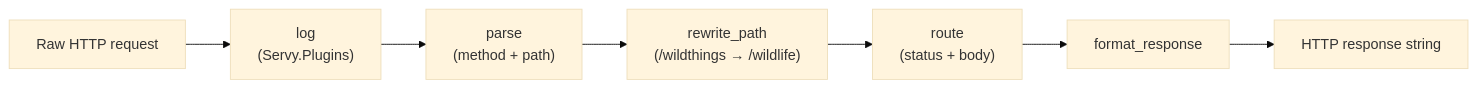
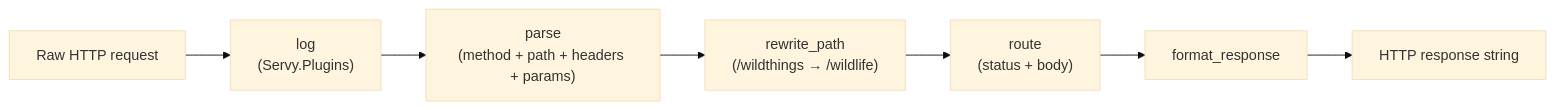
The first of 3 diagrams in README.md (igmarin/learning-elixir-servy), drawn with Mermaid (base theme) before and after one commit. The commit also changed other lines of this file and 12 other files, not shown here.

````diff
--- a/README.md
+++ b/README.md
@@ -17,9 +17,9 @@
 ```mermaid
 flowchart LR
     A["Raw HTTP request"] --> B["log\n(Servy.Plugins)"]
-    B --> C["parse\n(method + path)"]
+    B --> C["parse\n(method + path + headers + params)"]
     C --> D["rewrite_path\n(/wildthings → /wildlife)"]
     D --> E["route\n(status + body)"]
     E --> F["format_response"]
     F --> G["HTTP response string"]
 ```
````
